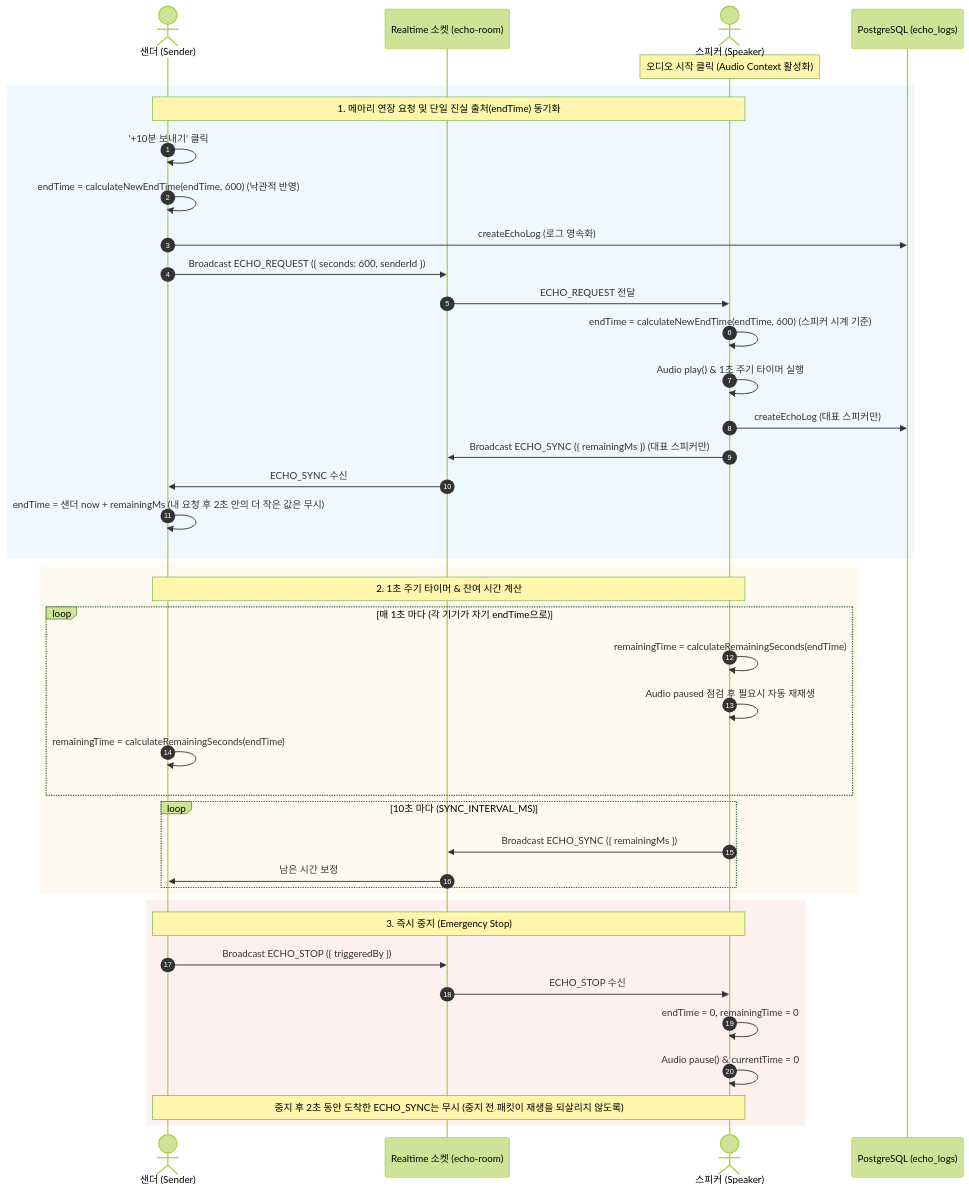
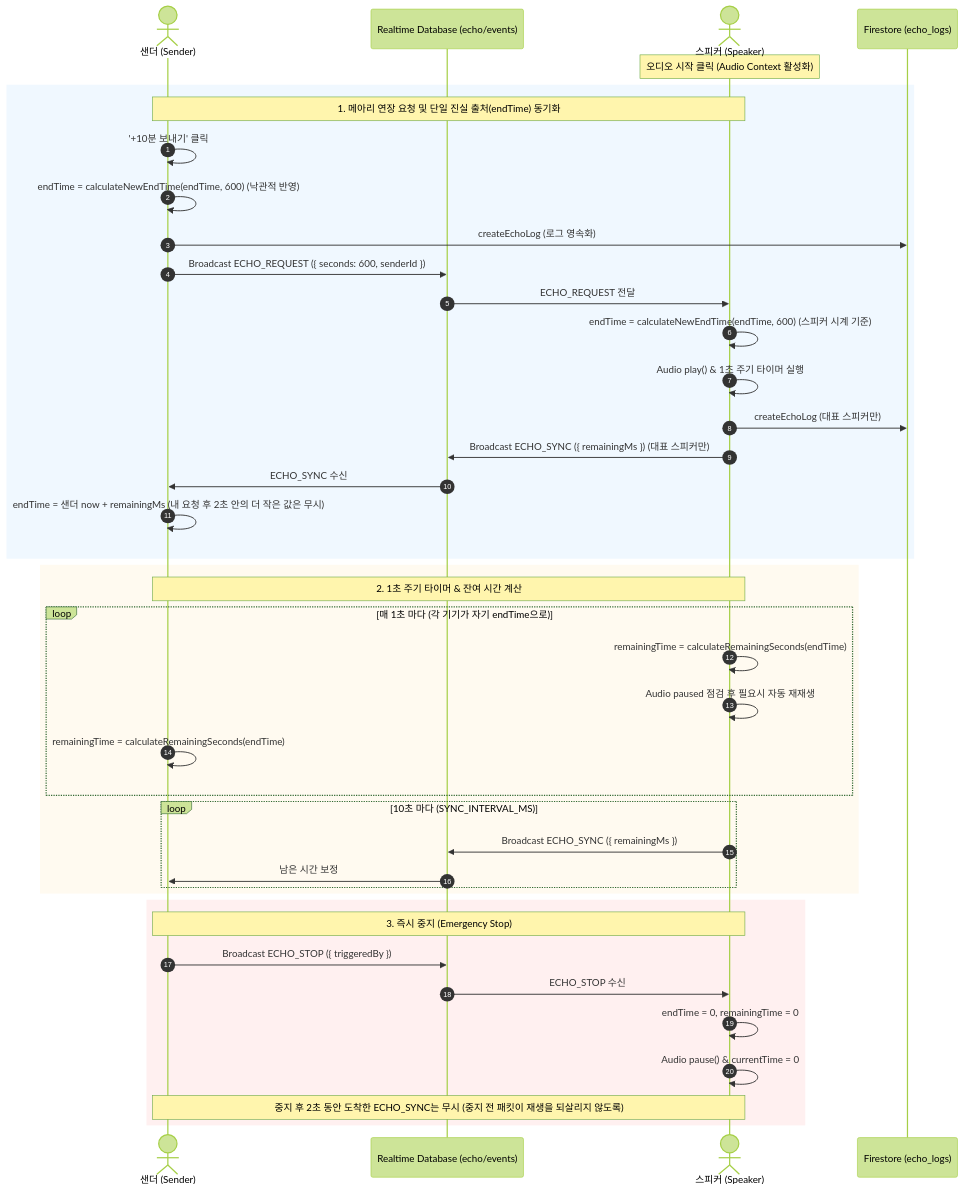
The second of 2 diagrams in docs/02_메아리.md (devyyj/joyopi), drawn with Mermaid (forest theme) before and after one commit. The commit also changed other lines of this file and 40 other files, not shown here.

````diff
--- a/docs/02_메아리.md
+++ b/docs/02_메아리.md
@@ -96,47 +107,47 @@
 ```mermaid
 sequenceDiagram
     autonumber
     actor Sender as 샌더 (Sender)
-    participant Socket as Realtime 소켓 (echo-room)
+    participant Socket as Realtime Database (echo/events)
     actor Speaker as 스피커 (Speaker)
-    participant DB as PostgreSQL (echo_logs)
+    participant DB as Firestore (echo_logs)
 
     Note over Speaker: 오디오 시작 클릭 (Audio Context 활성화)
 
     rect rgb(240, 248, 255)
     Note over Sender, Speaker: 1. 메아리 연장 요청 및 단일 진실 출처(endTime) 동기화
     Sender->>Sender: '+10분 보내기' 클릭
     Sender->>Sender: endTime = calculateNewEndTime(endTime, 600) (낙관적 반영)
     Sender->>DB: createEchoLog (로그 영속화)
     Sender->>Socket: Broadcast ECHO_REQUEST ({ seconds: 600, senderId })
     Socket->>Speaker: ECHO_REQUEST 전달
     Speaker->>Speaker: endTime = calculateNewEndTime(endTime, 600) (스피커 시계 기준)
     Speaker->>Speaker: Audio play() & 1초 주기 타이머 실행
     Speaker->>DB: createEchoLog (대표 스피커만)
     Speaker->>Socket: Broadcast ECHO_SYNC ({ remainingMs }) (대표 스피커만)
     Socket->>Sender: ECHO_SYNC 수신
     Sender->>Sender: endTime = 샌더 now + remainingMs (내 요청 후 2초 안의 더 작은 값은 무시)
     end
 
     rect rgb(255, 250, 240)
     Note over Speaker, Sender: 2. 1초 주기 타이머 & 잔여 시간 계산
     loop 매 1초 마다 (각 기기가 자기 endTime으로)
         Speaker->>Speaker: remainingTime = calculateRemainingSeconds(endTime)
         Speaker->>Speaker: Audio paused 점검 후 필요시 자동 재재생
         Sender->>Sender: remainingTime = calculateRemainingSeconds(endTime)
     end
     loop 10초 마다 (SYNC_INTERVAL_MS)
         Speaker->>Socket: Broadcast ECHO_SYNC ({ remainingMs })
         Socket->>Sender: 남은 시간 보정
     end
     end
 
     rect rgb(255, 240, 240)
     Note over Sender, Speaker: 3. 즉시 중지 (Emergency Stop)
     Sender->>Socket: Broadcast ECHO_STOP ({ triggeredBy })
     Socket->>Speaker: ECHO_STOP 수신
     Speaker->>Speaker: endTime = 0, remainingTime = 0
     Speaker->>Speaker: Audio pause() & currentTime = 0
     Note over Sender, Speaker: 중지 후 2초 동안 도착한 ECHO_SYNC는 무시 (중지 전 패킷이 재생을 되살리지 않도록)
     end
 ```
````
